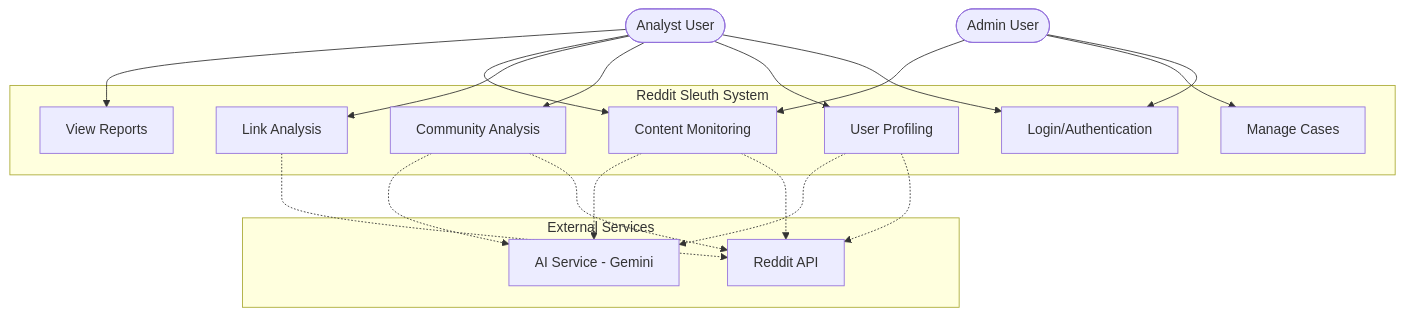
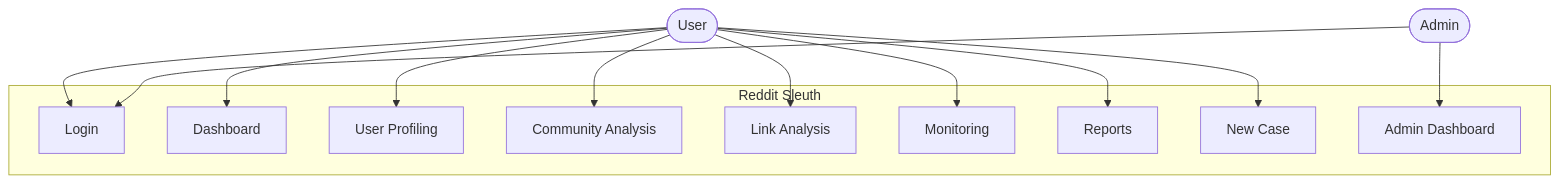
One commit to Andy-Alferdo/reddit-sleuth-forensics-web changed the diagram in diagrams/use-case-diagram.md. Above: the diagram before and after it, drawn with Mermaid. The commit also changed other lines of this file and 4 other files, not shown here.

````diff
--- a/diagrams/use-case-diagram.md
+++ b/diagrams/use-case-diagram.md
@@ -5,39 +3,29 @@
 ```mermaid
 flowchart TB
-    Admin([Admin User])
-    Analyst([Analyst User])
+    User([User])
+    Admin([Admin])
     
-    subgraph System["Reddit Sleuth System"]
-        Login[Login/Authentication]
-        Profile[User Profiling]
+    subgraph System["Reddit Sleuth"]
+        Login[Login]
+        Dashboard[Dashboard]
+        UserProfile[User Profiling]
         Community[Community Analysis]
         Links[Link Analysis]
-        Monitor[Content Monitoring]
-        Reports[View Reports]
-        Cases[Manage Cases]
+        Monitor[Monitoring]
+        Reports[Reports]
+        NewCase[New Case]
+        AdminPanel[Admin Dashboard]
     end
     
-    subgraph External["External Services"]
-        Reddit[Reddit API]
-        AI[AI Service - Gemini]
-    end
+    User --> Login
+    User --> Dashboard
+    User --> UserProfile
+    User --> Community
+    User --> Links
+    User --> Monitor
+    User --> Reports
+    User --> NewCase
     
     Admin --> Login
-    Admin --> Cases
-    Admin --> Monitor
-    
-    Analyst --> Login
-    Analyst --> Profile
-    Analyst --> Community
-    Analyst --> Links
-    Analyst --> Monitor
-    Analyst --> Reports
-    
-    Profile -.-> Reddit
-    Profile -.-> AI
-    Community -.-> Reddit
-    Community -.-> AI
-    Links -.-> Reddit
-    Monitor -.-> Reddit
-    Monitor -.-> AI
+    Admin --> AdminPanel
 ```
````
